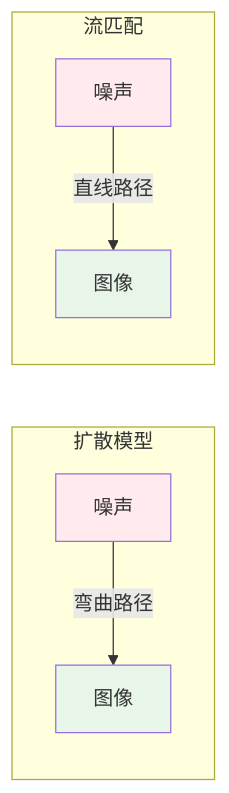
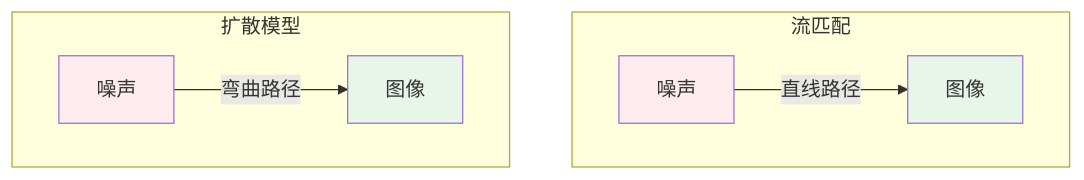
The seventh of 7 diagrams in site/src/content/image/ai-image-evolution.md (chenlhgavin/canvasflow), drawn with Mermaid before and after one commit. The commit also changed other lines of this file and 3 other files, not shown here.

````diff
--- a/site/src/content/image/ai-image-evolution.md
+++ b/site/src/content/image/ai-image-evolution.md
@@ -258,13 +259,16 @@
 ```mermaid
 graph LR
-    subgraph "扩散模型"
+    subgraph diffusion["扩散模型"]
+        direction LR
         A1[噪声] -->|弯曲路径| B1[图像]
     end
-    subgraph "流匹配"
+    subgraph flow["流匹配"]
+        direction LR
         A2[噪声] -->|直线路径| B2[图像]
     end
+    diffusion ~~~ flow
     style A1 fill:#ffebee
     style B1 fill:#e8f5e9
     style A2 fill:#ffebee
     style B2 fill:#e8f5e9
 ```
````
